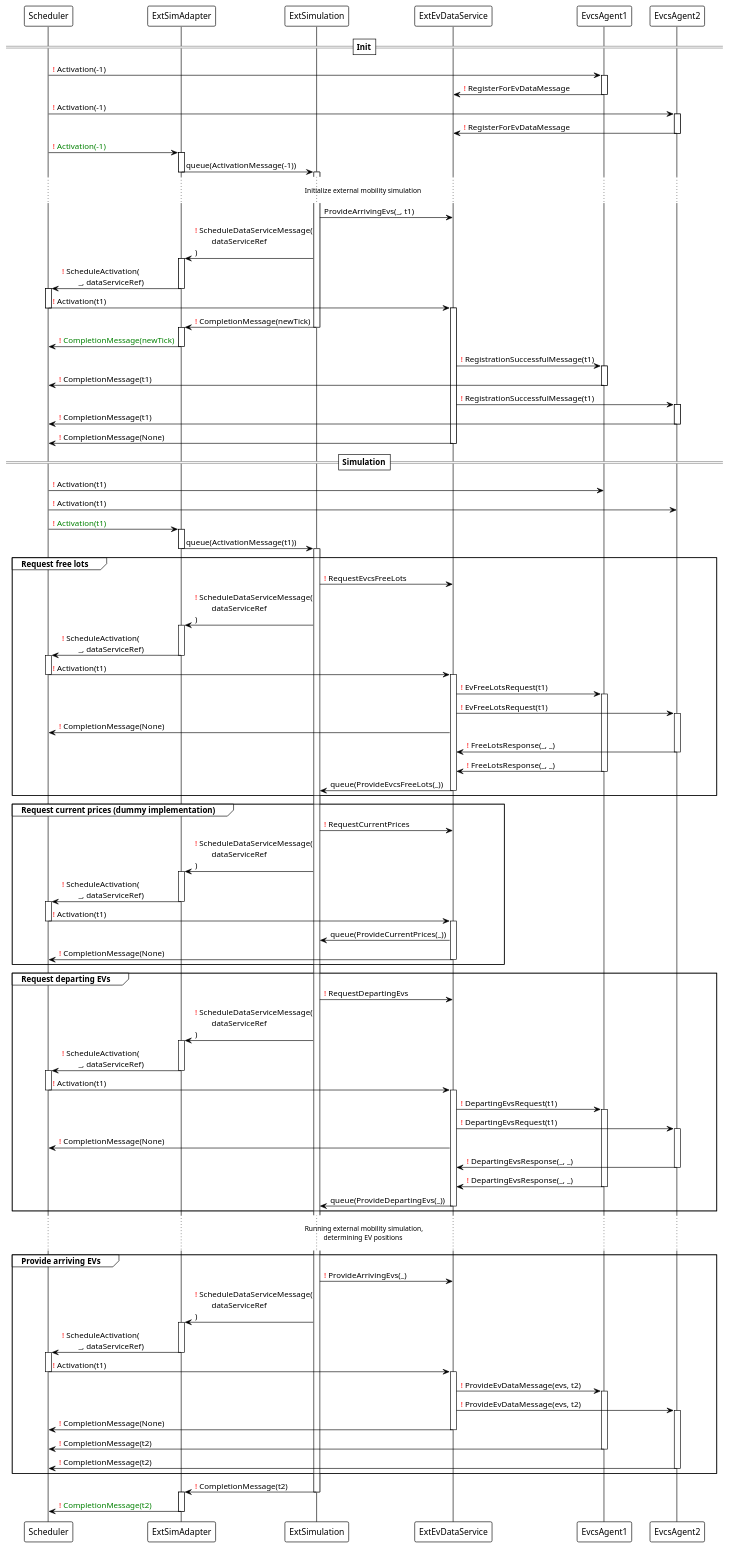
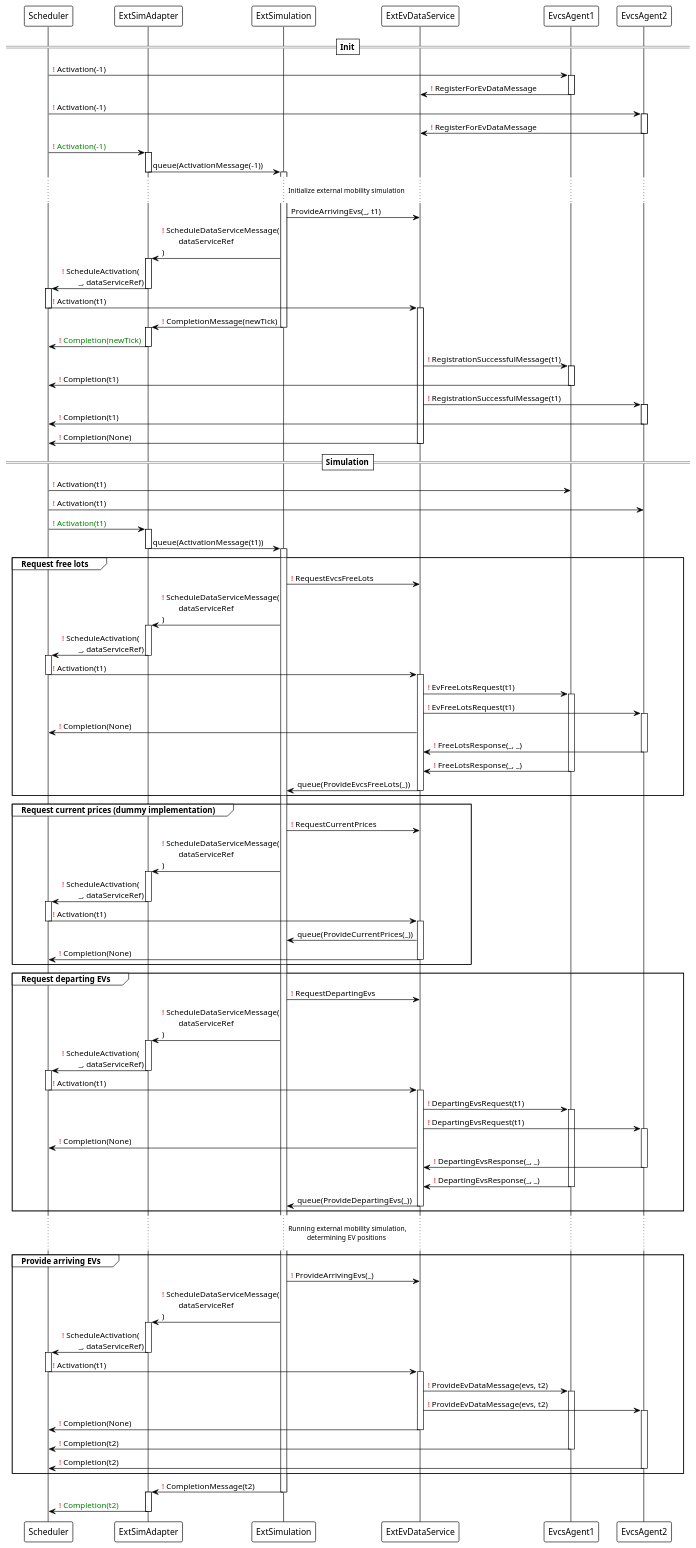
One commit to ie3-institute/simona changed the diagram in docs/uml/protocol/ExtEvSimulationSequence.puml. Above: the diagram before and after it, drawn with PlantUML.

Commit message:
CompletionMessage only from SimonaAPI

```diff
--- a/docs/uml/protocol/ExtEvSimulationSequence.puml
+++ b/docs/uml/protocol/ExtEvSimulationSequence.puml
@@ -47,22 +47,22 @@
 deactivate ExtSimulation
 activate ExtSimAdapter
 
-ExtSimAdapter -> Scheduler: <font color=red>!</font> <font color=green>CompletionMessage(newTick)</font>
+ExtSimAdapter -> Scheduler: <font color=red>!</font> <font color=green>Completion(newTick)</font>
 deactivate ExtSimAdapter
 
 ExtEvDataService -> EvcsAgent1: <font color=red>!</font> RegistrationSuccessfulMessage(t1)
 activate EvcsAgent1
 
-EvcsAgent1 -> Scheduler: <font color=red>!</font> CompletionMessage(t1)
+EvcsAgent1 -> Scheduler: <font color=red>!</font> Completion(t1)
 deactivate EvcsAgent1
 
 ExtEvDataService -> EvcsAgent2: <font color=red>!</font> RegistrationSuccessfulMessage(t1)
 activate EvcsAgent2
 
-EvcsAgent2 -> Scheduler: <font color=red>!</font> CompletionMessage(t1)
+EvcsAgent2 -> Scheduler: <font color=red>!</font> Completion(t1)
 deactivate EvcsAgent2
 
-ExtEvDataService -> Scheduler: <font color=red>!</font> CompletionMessage(None)
+ExtEvDataService -> Scheduler: <font color=red>!</font> Completion(None)
 deactivate ExtEvDataService
 
 ==Simulation==
@@ -96,7 +96,7 @@
     ExtEvDataService -> EvcsAgent2: <font color=red>!</font> EvFreeLotsRequest(t1)
     activate EvcsAgent2
 
-    ExtEvDataService -> Scheduler: <font color=red>!</font> CompletionMessage(None)
+    ExtEvDataService -> Scheduler: <font color=red>!</font> Completion(None)
 
     EvcsAgent2 -> ExtEvDataService: <font color=red>!</font> FreeLotsResponse(_, _)
     deactivate EvcsAgent2
@@ -124,7 +124,7 @@
 
     ExtEvDataService -> ExtSimulation: queue(ProvideCurrentPrices(_))
 
-    ExtEvDataService -> Scheduler: <font color=red>!</font> CompletionMessage(None)
+    ExtEvDataService -> Scheduler: <font color=red>!</font> Completion(None)
 
     deactivate ExtEvDataService
 end
@@ -149,7 +149,7 @@
     ExtEvDataService -> EvcsAgent2: <font color=red>!</font> DepartingEvsRequest(t1)
     activate EvcsAgent2
 
-    ExtEvDataService -> Scheduler: <font color=red>!</font> CompletionMessage(None)
+    ExtEvDataService -> Scheduler: <font color=red>!</font> Completion(None)
 
     EvcsAgent2 -> ExtEvDataService: <font color=red>!</font> DepartingEvsResponse(_, _)
     deactivate EvcsAgent2
@@ -182,13 +182,13 @@
     ExtEvDataService -> EvcsAgent2: <font color=red>!</font> ProvideEvDataMessage(evs, t2)
     activate EvcsAgent2
 
-    ExtEvDataService -> Scheduler: <font color=red>!</font> CompletionMessage(None)
+    ExtEvDataService -> Scheduler: <font color=red>!</font> Completion(None)
     deactivate ExtEvDataService
 
-    EvcsAgent1 -> Scheduler: <font color=red>!</font> CompletionMessage(t2)
+    EvcsAgent1 -> Scheduler: <font color=red>!</font> Completion(t2)
     deactivate EvcsAgent1
 
-    EvcsAgent2 -> Scheduler: <font color=red>!</font> CompletionMessage(t2)
+    EvcsAgent2 -> Scheduler: <font color=red>!</font> Completion(t2)
     deactivate EvcsAgent2
 end
 
@@ -196,7 +196,7 @@
 deactivate ExtSimulation
 activate ExtSimAdapter
 
-ExtSimAdapter -> Scheduler: <font color=red>!</font> <font color=green>CompletionMessage(t2)</font>
+ExtSimAdapter -> Scheduler: <font color=red>!</font> <font color=green>Completion(t2)</font>
 deactivate ExtSimAdapter
 
 @enduml
```
